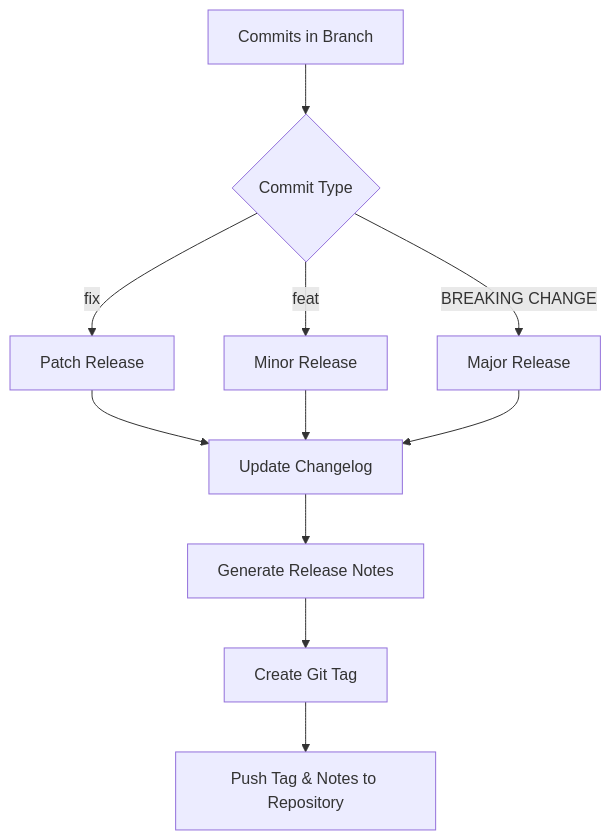
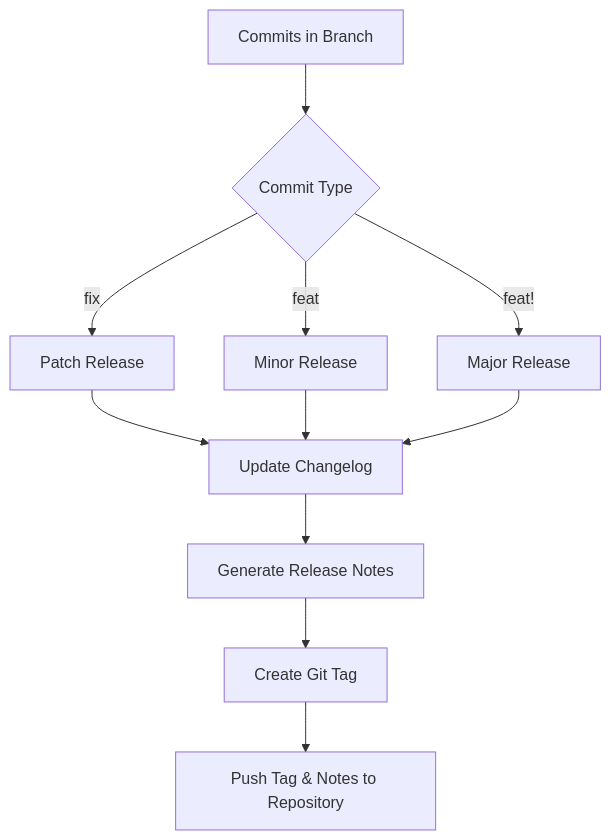
The second of 2 diagrams in README.md (rhahao/powershell-semantic-release), drawn with Mermaid before and after one commit. The commit also changed other lines of this file, not shown here.

````diff
--- a/README.md
+++ b/README.md
@@ -163,15 +162,15 @@
 ```mermaid
 flowchart TD
     A[Commits in Branch] --> B{Commit Type}
     B -->|fix| C[Patch Release]
     B -->|feat| D[Minor Release]
-    B -->|BREAKING CHANGE| E[Major Release]
+    B -->|feat!| E[Major Release]
 
     C --> F[Update Changelog]
     D --> F
     E --> F
 
     F --> G[Generate Release Notes]
     G --> H[Create Git Tag]
     H --> I[Push Tag & Notes to Repository]
 ```
````
